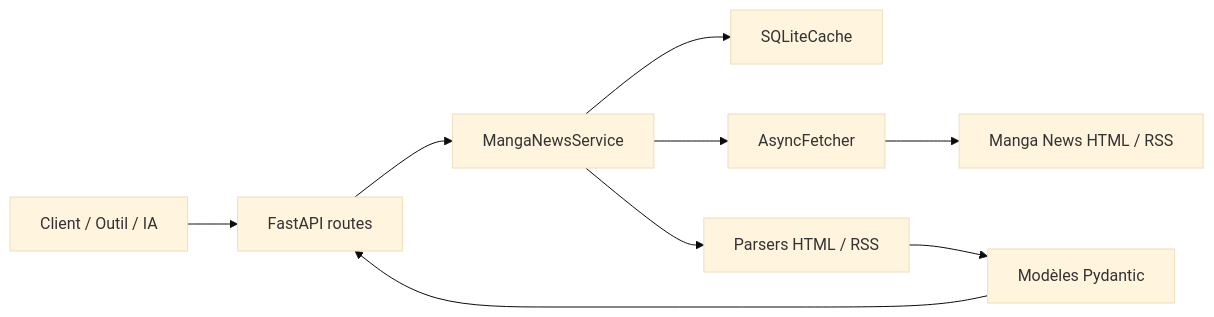
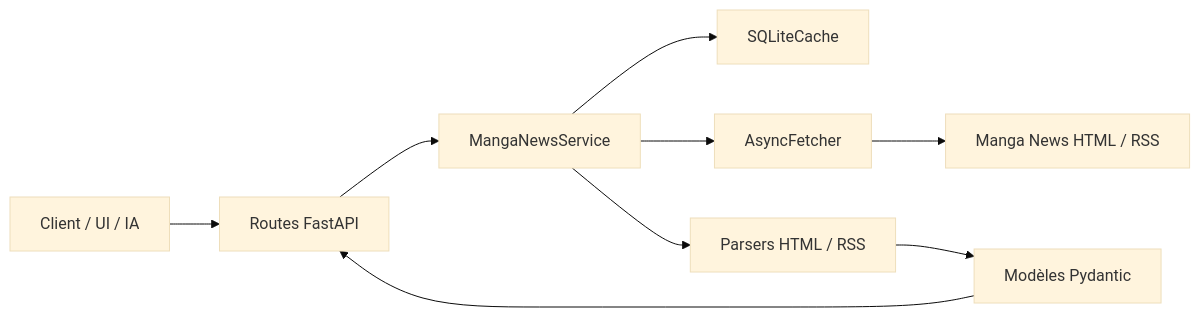
Before and after one commit to Hitman47/APIManga_News: the first of 2 diagrams in docs/ARCHITECTURE.md, drawn with Mermaid (base theme). The commit also changed other lines of this file and 11 other files, not shown here.

````diff
--- a/docs/ARCHITECTURE.md
+++ b/docs/ARCHITECTURE.md
@@ -7,11 +7,11 @@
 ```mermaid
 flowchart LR
-    C[Client / Outil / IA] --> A[FastAPI routes]
-    A --> B[MangaNewsService]
-    B --> D[SQLiteCache]
-    B --> E[AsyncFetcher]
-    E --> F[Manga News HTML / RSS]
-    B --> G[Parsers HTML / RSS]
-    G --> H[Modèles Pydantic]
-    H --> A
+    C[Client / UI / IA] --> R[Routes FastAPI]
+    R --> S[MangaNewsService]
+    S --> K[SQLiteCache]
+    S --> F[AsyncFetcher]
+    F --> U[Manga News HTML / RSS]
+    S --> P[Parsers HTML / RSS]
+    P --> M[Modèles Pydantic]
+    M --> R
 ```
````
